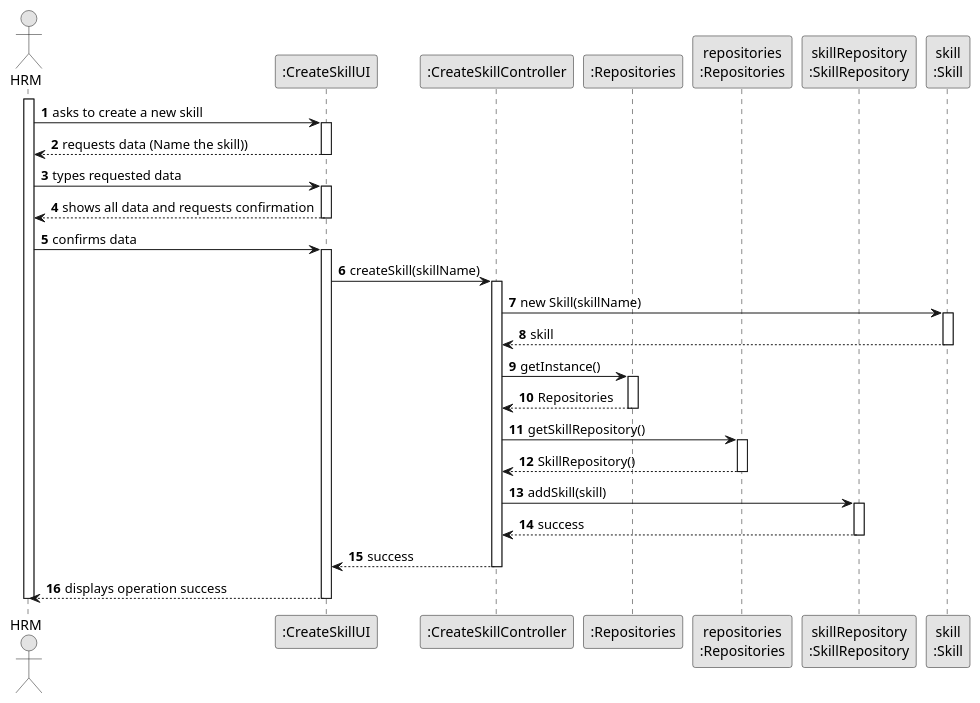
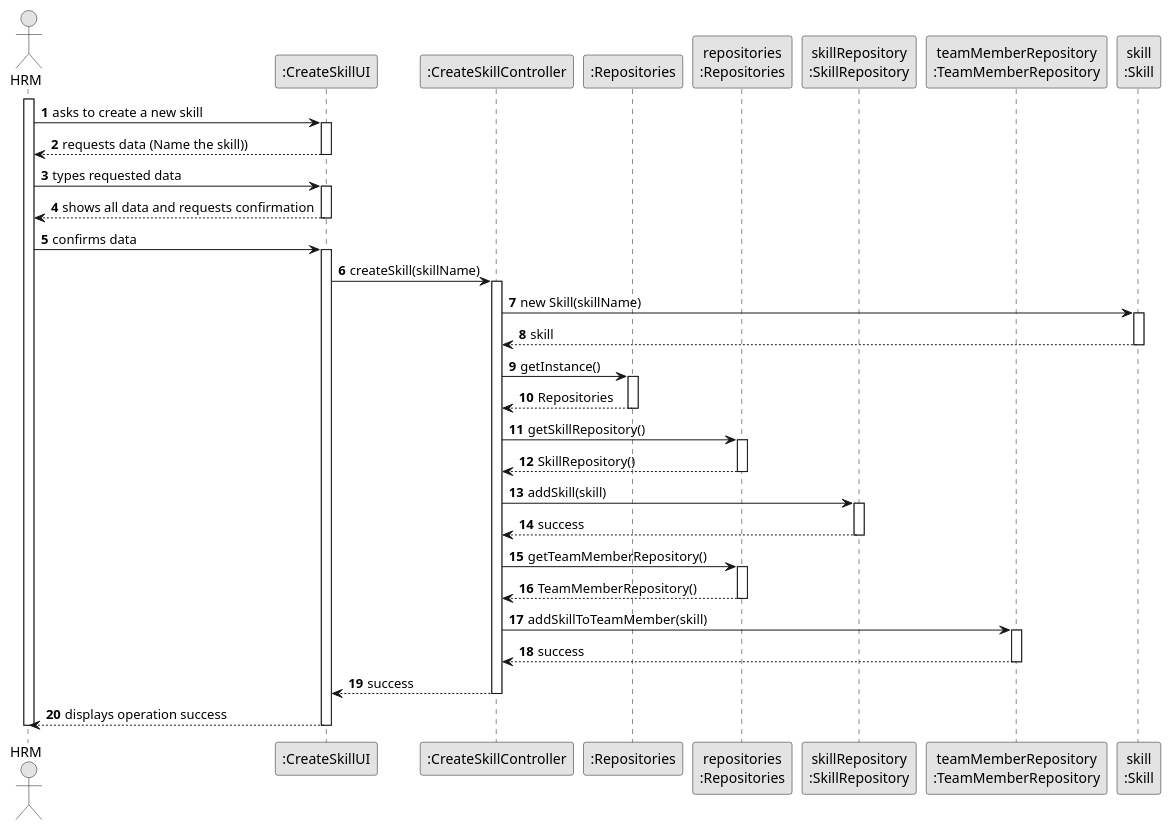
The diagram in docs/sprintB/us001/03.design/puml/us001-sequence-diagram-full.puml (Mendoncaa/LAPR2), drawn with PlantUML before and after one commit. The commit also changed 14 other files, not shown here.

Commit message:
Update class diagram and sequence diagram (US001 and US004), TeamMemberRepository creation

```diff
--- a/docs/sprintB/us001/03.design/puml/us001-sequence-diagram-full.puml
+++ b/docs/sprintB/us001/03.design/puml/us001-sequence-diagram-full.puml
@@ -1,68 +1,79 @@
 @startuml
 skinparam monochrome true
 skinparam packageStyle rectangle
 skinparam shadowing false
 
 autonumber
 
 'hide footbox
 actor "HRM" as ADM
 participant ":CreateSkillUI" as UI
 participant ":CreateSkillController" as CTRL
 participant ":Repositories" as RepositorySingleton
 participant "repositories\n:Repositories" as PLAT
 participant "skillRepository\n:SkillRepository" as SkillRepository
+participant "teamMemberRepository\n:TeamMemberRepository" as TeamMemberRepository
 participant "skill\n:Skill" as Skill
 
 activate ADM
 
     ADM -> UI : asks to create a new skill
     activate UI
 
     UI --> ADM : requests data (Name the skill))
     deactivate UI
 
     ADM -> UI : types requested data
     activate UI
 
     UI --> ADM : shows all data and requests confirmation
     deactivate UI
 
     ADM -> UI : confirms data
     activate UI
 
     UI -> CTRL : createSkill(skillName)
     activate CTRL
 
     CTRL -> Skill : new Skill(skillName)
     activate Skill
     CTRL <-- Skill : skill
     deactivate Skill
 
     CTRL -> RepositorySingleton : getInstance()
     activate RepositorySingleton
     CTRL <-- RepositorySingleton : Repositories
     deactivate RepositorySingleton
 
     CTRL -> PLAT : getSkillRepository()
     activate PLAT
     CTRL <-- PLAT : SkillRepository()
     deactivate PLAT
 
     CTRL -> SkillRepository : addSkill(skill)
     activate SkillRepository
     CTRL <-- SkillRepository : success
     deactivate SkillRepository
 
+    CTRL -> PLAT : getTeamMemberRepository()
+    activate PLAT
+    CTRL <-- PLAT : TeamMemberRepository()
+    deactivate PLAT
+
+    CTRL -> TeamMemberRepository : addSkillToTeamMember(skill)
+    activate TeamMemberRepository
+    CTRL <-- TeamMemberRepository : success
+    deactivate TeamMemberRepository
+
     CTRL --> UI : success
     deactivate CTRL
 
     UI --> ADM : displays operation success
 deactivate UI
 
 deactivate ADM
 
 
 
 
 @enduml
```
